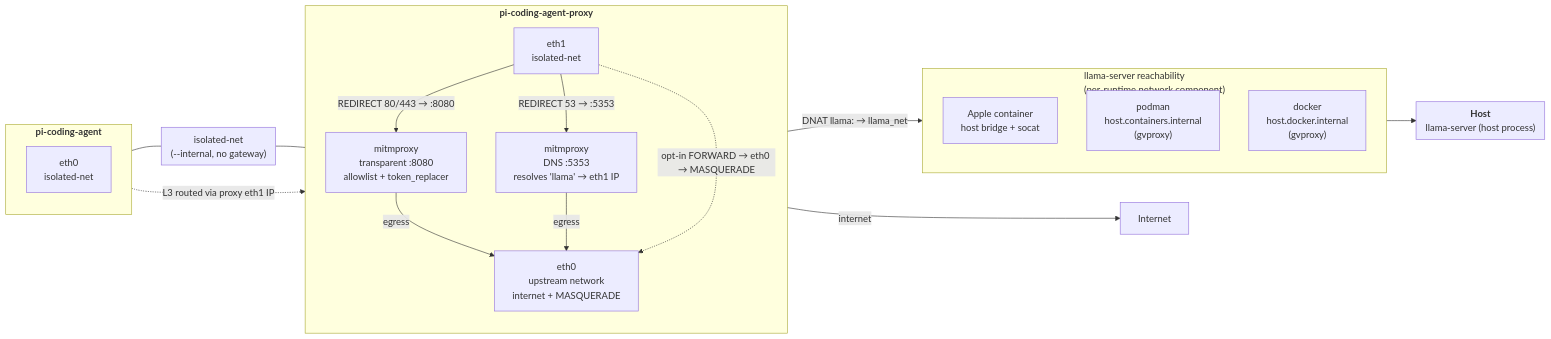
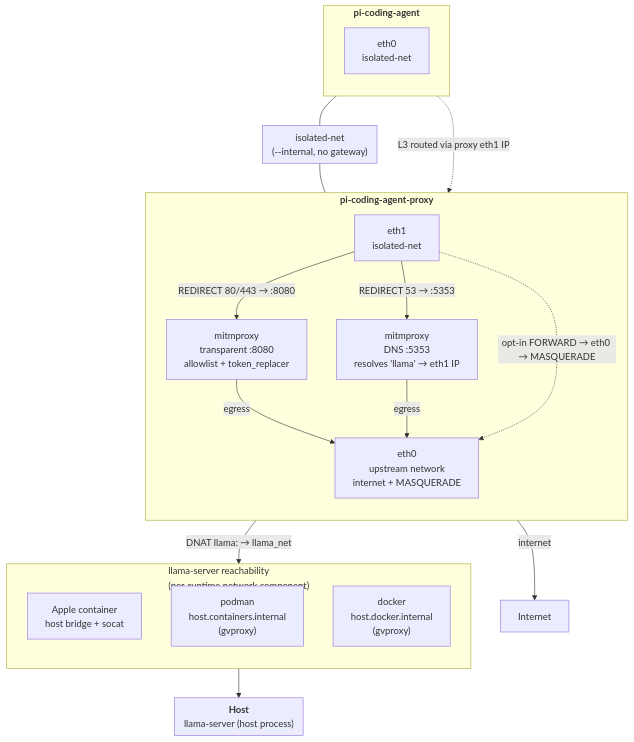
Before and after one commit to mikkovihonen/pi-container: the diagram in README.md, drawn with Mermaid. The commit also changed other lines of this file and 6 other files, not shown here.

````diff
--- a/README.md
+++ b/README.md
@@ -61,46 +61,46 @@
 ```mermaid
-flowchart LR
+flowchart TB
     subgraph agent["<b>pi-coding-agent</b>"]
         direction TB
         agent_eth["eth0<br/>isolated-net"]
     end
 
     subgraph net["isolated-net<br/>(--internal, no gateway)"]
         direction TB
     end
 
     subgraph proxy["<b>pi-coding-agent-proxy</b>"]
         direction TB
         eth1["eth1<br/>isolated-net"]
         mitm["mitmproxy<br/>transparent :8080<br/>allowlist + token_replacer"]
         dns["mitmproxy<br/>DNS :5353<br/>resolves 'llama' → eth1 IP"]
         eth0["eth0<br/>upstream network<br/>internet + MASQUERADE"]
     end
 
     subgraph host["<b>Host</b><br/>llama-server (host process)"]
         direction TB
     end
 
     %% L3 routing: agent → isolated-net → proxy eth1
     agent_eth -.->|L3 routed via proxy eth1 IP| eth1
     agent_eth --- net
     net --- eth1
 
     %% Proxy internal: L4 interception & forwarding
     eth1 -->|REDIRECT 80/443 → :8080| mitm
     eth1 -->|REDIRECT 53 → :5353| dns
     eth1 -->|DNAT llama:<cp> → llama_net| llama_net
     mitm -->|egress| eth0
     dns -->|egress| eth0
     eth1 -.->|opt-in FORWARD → eth0 → MASQUERADE| eth0
     eth0 -->|internet| Out["Internet"]
 
     subgraph llama_net["llama-server reachability<br/>(per-runtime network component)"]
         direction TB
         socat["Apple container<br/>host bridge + socat"]
         podman_net["podman<br/>host.containers.internal<br/>(gvproxy)"]
         docker_net["docker<br/>host.docker.internal<br/>(gvproxy)"]
     end
 
     llama_net --> host
 ```
````
